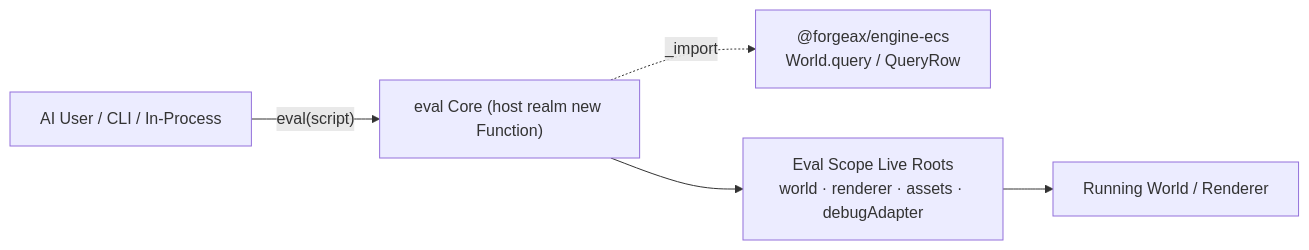
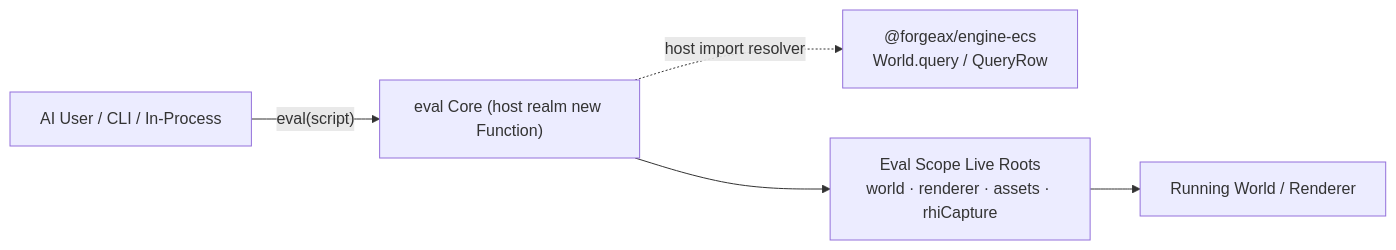
The first of 4 diagrams in packages/engine/packages/remote/README.md (ForgeaX-Games/forgeax-editor), drawn with Mermaid before and after one commit. The commit also changed other lines of this file and 5042 other files, not shown here.

````diff
--- a/packages/engine/packages/remote/README.md
+++ b/packages/engine/packages/remote/README.md
@@ -5,7 +5,7 @@
 ```mermaid
 flowchart LR
     AI["AI User / CLI / In-Process"] -->|"eval(script)"| CORE["eval Core (host realm new Function)"]
-    CORE -.->|"_import"| ECS["@forgeax/engine-ecs<br/>World.query / QueryRow"]
-    CORE --> ROOTS["Eval Scope Live Roots<br/>world · renderer · assets · debugAdapter"]
+    CORE -.->|"host import resolver"| ECS["@forgeax/engine-ecs<br/>World.query / QueryRow"]
+    CORE --> ROOTS["Eval Scope Live Roots<br/>world · renderer · assets · rhiCapture"]
     ROOTS --> W["Running World / Renderer"]
 ```
````
